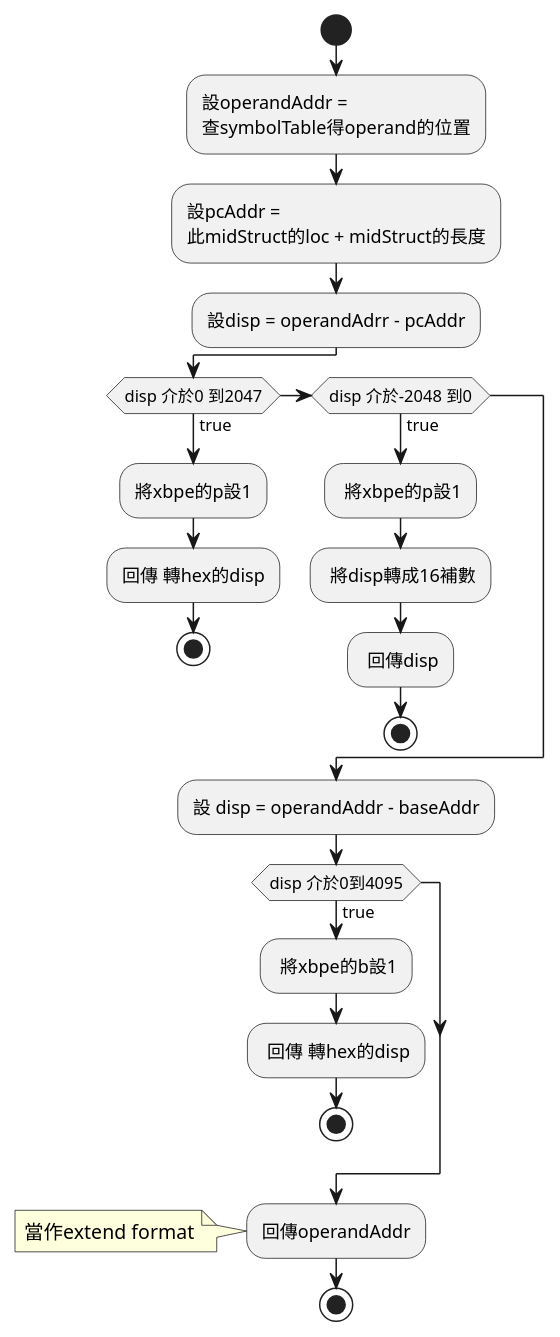
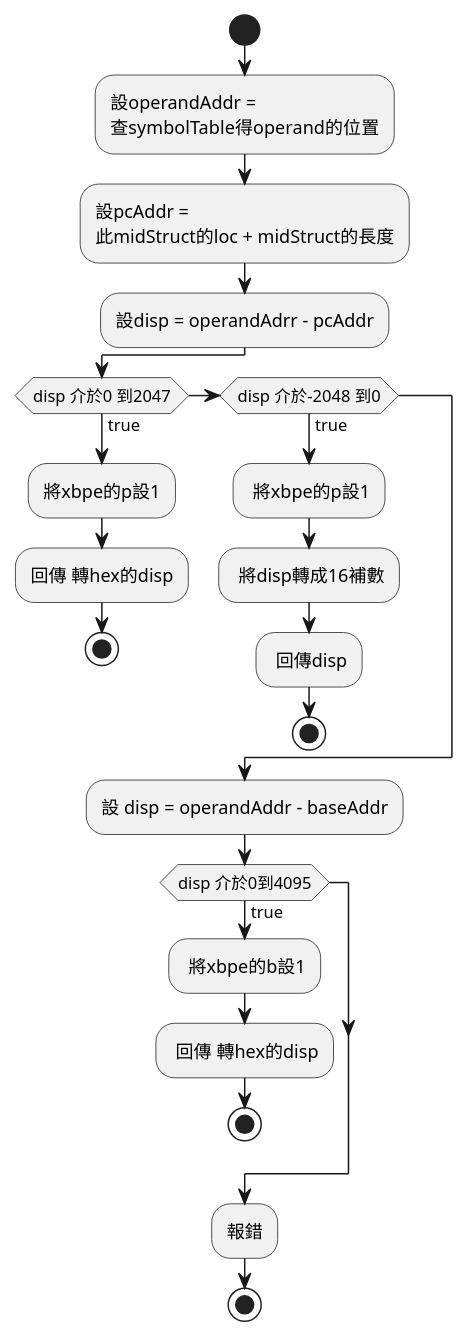
Before and after one commit to brooklin123/System_Software: the diagram in version3/activity/handleRelative(mideStruct).puml, drawn with PlantUML. The commit also changed 24 other files, not shown here.

```diff
--- a/version3/activity/handleRelative(mideStruct).puml
+++ b/version3/activity/handleRelative(mideStruct).puml
@@ -1,27 +1,26 @@
 @startuml
 start
     :設operandAddr = 
     查symbolTable得operand的位置;
     :設pcAddr = 
     此midStruct的loc + midStruct的長度;
     :設disp = operandAdrr - pcAddr;
     if(disp 介於0 到2047) then (true)
         :將xbpe的p設1;
         :回傳 轉hex的disp;
         stop
     elseif (disp 介於-2048 到0) then (true)
         : 將xbpe的p設1;
         : 將disp轉成16補數;
         : 回傳disp;
         stop
     endif
     :設 disp = operandAddr - baseAddr;
     if(disp 介於0到4095) then (true)
         : 將xbpe的b設1;
         : 回傳 轉hex的disp;
         stop
     endif
-    :回傳operandAddr;
-    note left:當作extend format
+    :報錯;
 stop
 @enduml
```
